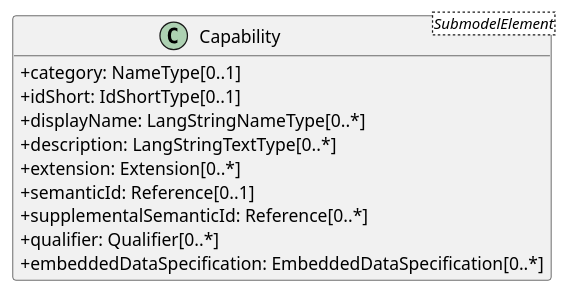
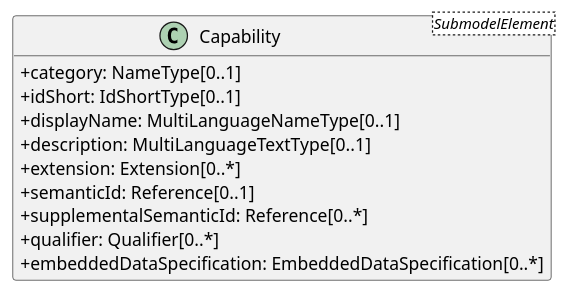
The diagram in output/classes/Capability.puml (zrgt/py2puml), drawn with PlantUML before and after one commit. The commit also changed 35 other files, not shown here.

Commit message:
Rename "LangString..." classes to "MultiLanguage..."

```diff
--- a/output/classes/Capability.puml
+++ b/output/classes/Capability.puml
@@ -1,16 +1,16 @@
 @startuml
 skinparam classAttributeIconSize 0
 hide methods
 
 class Capability<SubmodelElement> {
   +category: NameType[0..1] 
   +idShort: IdShortType[0..1] 
-  +displayName: LangStringNameType[0..*] 
-  +description: LangStringTextType[0..*] 
+  +displayName: MultiLanguageNameType[0..1] 
+  +description: MultiLanguageTextType[0..1] 
   +extension: Extension[0..*] 
   +semanticId: Reference[0..1] 
   +supplementalSemanticId: Reference[0..*] 
   +qualifier: Qualifier[0..*] 
   +embeddedDataSpecification: EmbeddedDataSpecification[0..*] 
 }
 @enduml
```
